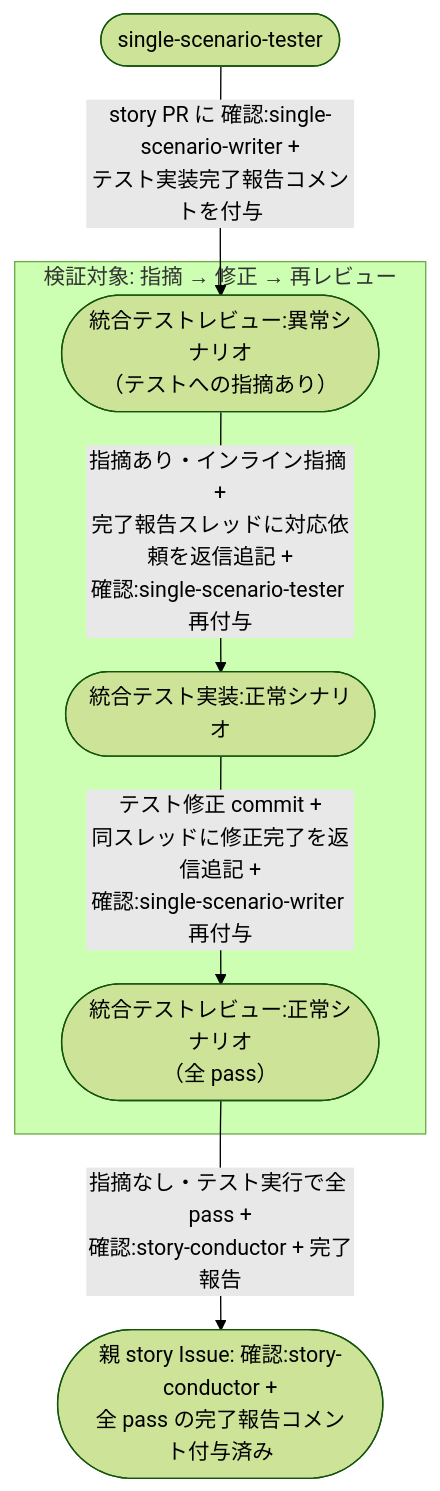
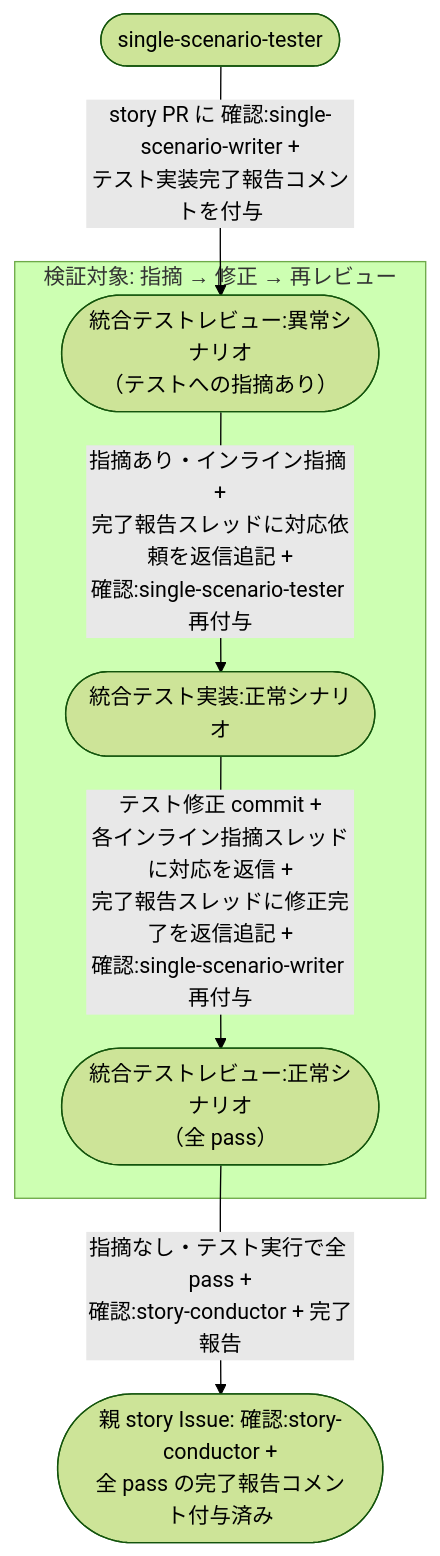
One commit to shuhei1101/ai-monitor changed the diagram in docs/wiki/設計図/シナリオ/複合ユースケース/統合テストレビュー指摘からの修正.md. Above: the diagram before and after it, drawn with Mermaid (forest theme). The commit also changed other lines of this file and 33 other files, not shown here.

````diff
--- a/docs/wiki/設計図/シナリオ/複合ユースケース/統合テストレビュー指摘からの修正.md
+++ b/docs/wiki/設計図/シナリオ/複合ユースケース/統合テストレビュー指摘からの修正.md
@@ -35,15 +35,15 @@
 ```mermaid
 flowchart TD
   A0([single-scenario-tester]) -->|story PR に 確認:single-scenario-writer +<br>テスト実装完了報告コメントを付与| UC1
 
   subgraph FOCUS["検証対象: 指摘 → 修正 → 再レビュー"]
     UC1([統合テストレビュー:異常シナリオ<br>（テストへの指摘あり）]) -->|指摘あり・インライン指摘 +<br>完了報告スレッドに対応依頼を返信追記 +<br>確認:single-scenario-tester 再付与| UC2([統合テスト実装:正常シナリオ])
-    UC2 -->|テスト修正 commit +<br>同スレッドに修正完了を返信追記 +<br>確認:single-scenario-writer 再付与| UC3([統合テストレビュー:正常シナリオ<br>（全 pass）])
+    UC2 -->|テスト修正 commit +<br>各インライン指摘スレッドに対応を返信 +<br>完了報告スレッドに修正完了を返信追記 +<br>確認:single-scenario-writer 再付与| UC3([統合テストレビュー:正常シナリオ<br>（全 pass）])
   end
 
   UC3 -->|指摘なし・テスト実行で全 pass +<br>確認:story-conductor + 完了報告| DONE([親 story Issue: 確認:story-conductor +<br>全 pass の完了報告コメント付与済み])
 
   click UC1 "../単一ユースケース/統合テストレビュー.md#異常シナリオテストへの指摘あり"
   click UC2 "../単一ユースケース/統合テスト実装.md#正常シナリオ"
   click UC3 "../単一ユースケース/統合テストレビュー.md#正常シナリオ全-pass"
 ```
````
